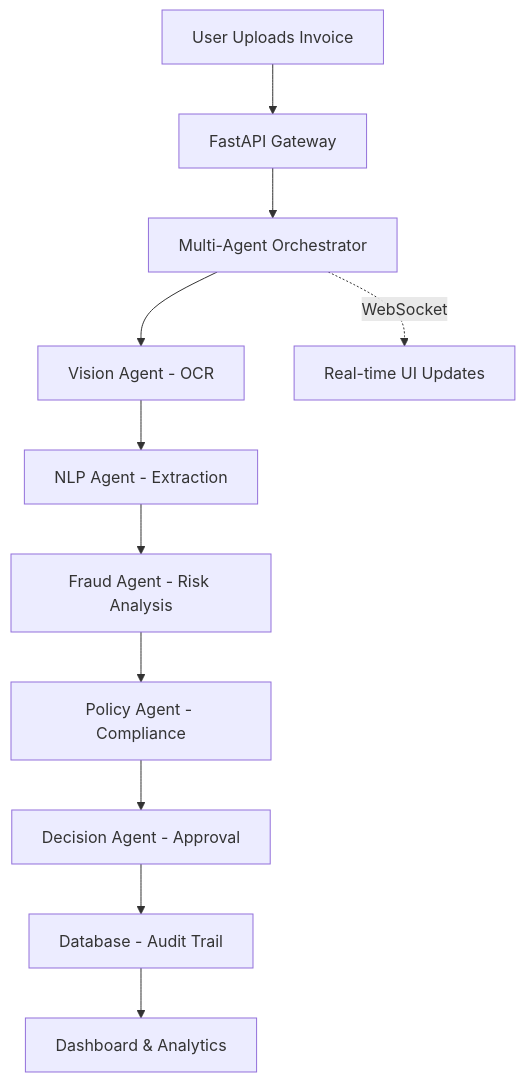
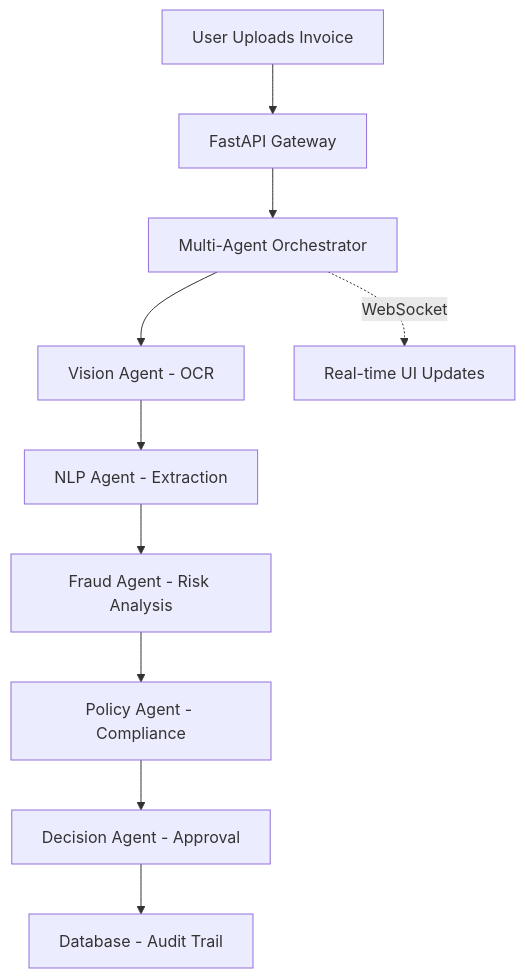
The diagram in README.md (Ritinpaul/InvoiceFlow-AI), drawn with Mermaid before and after one commit. The commit also changed other lines of this file, not shown here.

Commit message:
Docs: Simplify README to focus on architecture and features

````diff
--- a/README.md
+++ b/README.md
@@ -86,13 +23,12 @@
 ```mermaid
 graph TD
     A[User Uploads Invoice] --> B[FastAPI Gateway]
     B --> C[Multi-Agent Orchestrator]
     C --> D[Vision Agent - OCR]
     D --> E[NLP Agent - Extraction]
     E --> F[Fraud Agent - Risk Analysis]
     F --> G[Policy Agent - Compliance]
     G --> H[Decision Agent - Approval]
     H --> I[Database - Audit Trail]
     C -.WebSocket.-> J[Real-time UI Updates]
-    I --> K[Dashboard & Analytics]
 ```
````
